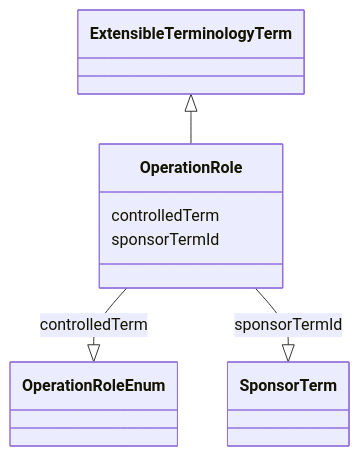
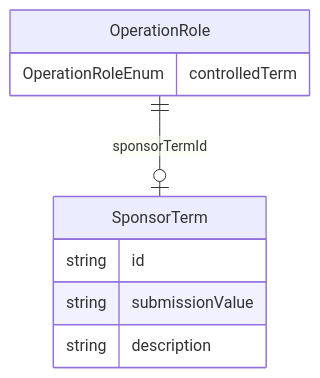
One commit to cdisc-org/analysis-results-standard changed the diagram in project/docs/OperationRole.md. Above: the diagram before and after it, drawn with Mermaid. The commit also changed 131 other files, not shown here.

Commit message:
Add top-level diagram to documentation

````diff
--- a/project/docs/OperationRole.md
+++ b/project/docs/OperationRole.md
@@ -14,15 +13,14 @@
 ```mermaid
- classDiagram
-    class OperationRole
-      ExtensibleTerminologyTerm <|-- OperationRole
-      
-      OperationRole : controlledTerm
-        
-          OperationRole --|> OperationRoleEnum : controlledTerm
-        
-      OperationRole : sponsorTermId
-        
-          OperationRole --|> SponsorTerm : sponsorTermId
-        
-      
+erDiagram
+OperationRole {
+    OperationRoleEnum controlledTerm  
+}
+SponsorTerm {
+    string id  
+    string submissionValue  
+    string description  
+}
+
+OperationRole ||--|o SponsorTerm : "sponsorTermId"
+
 ```
````
